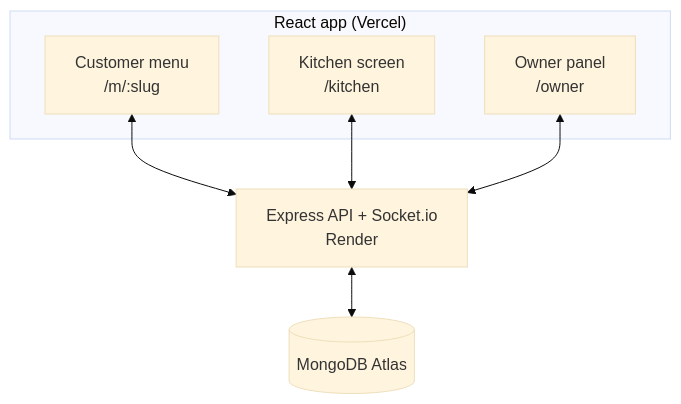
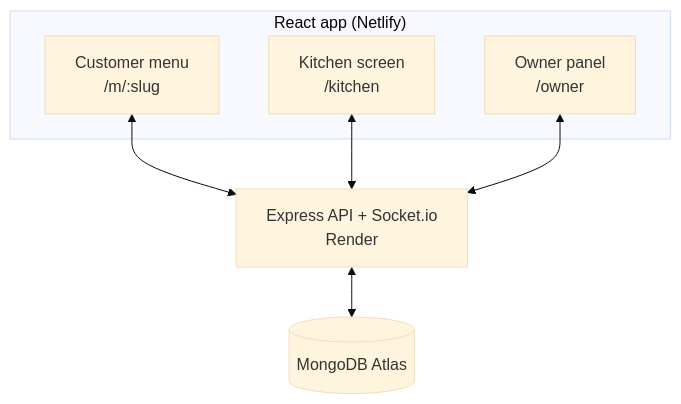
The second of 2 diagrams in README.md (durgadas-karmakar07/ScanServe), drawn with Mermaid (base theme) before and after one commit. The commit also changed other lines of this file and 5 other files, not shown here.

````diff
--- a/README.md
+++ b/README.md
@@ -79,14 +79,14 @@
 ```mermaid
 flowchart TB
-    subgraph Client["React app (Vercel)"]
+    subgraph Client["React app (Netlify)"]
         CU[Customer menu<br/>/m/:slug]
         KI[Kitchen screen<br/>/kitchen]
         OW[Owner panel<br/>/owner]
     end
     API[Express API + Socket.io<br/>Render]
     DB[(MongoDB Atlas)]
     CU <--> API
     KI <--> API
     OW <--> API
     API <--> DB
 ```
````
